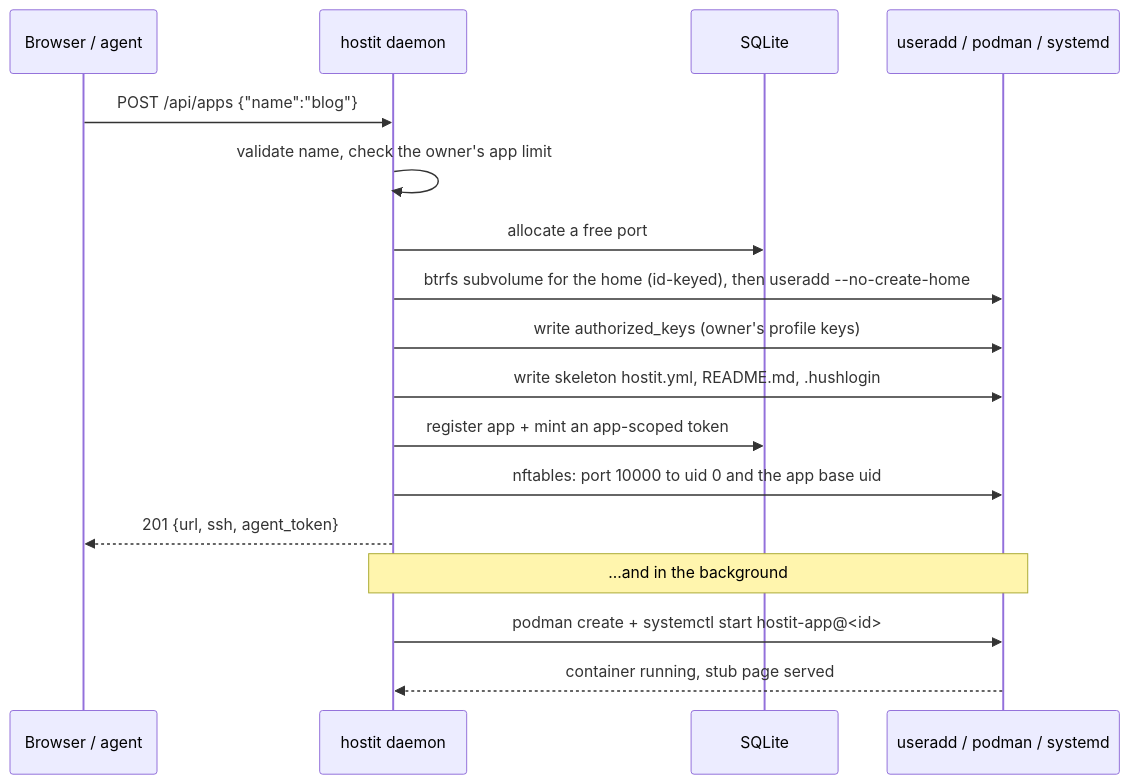
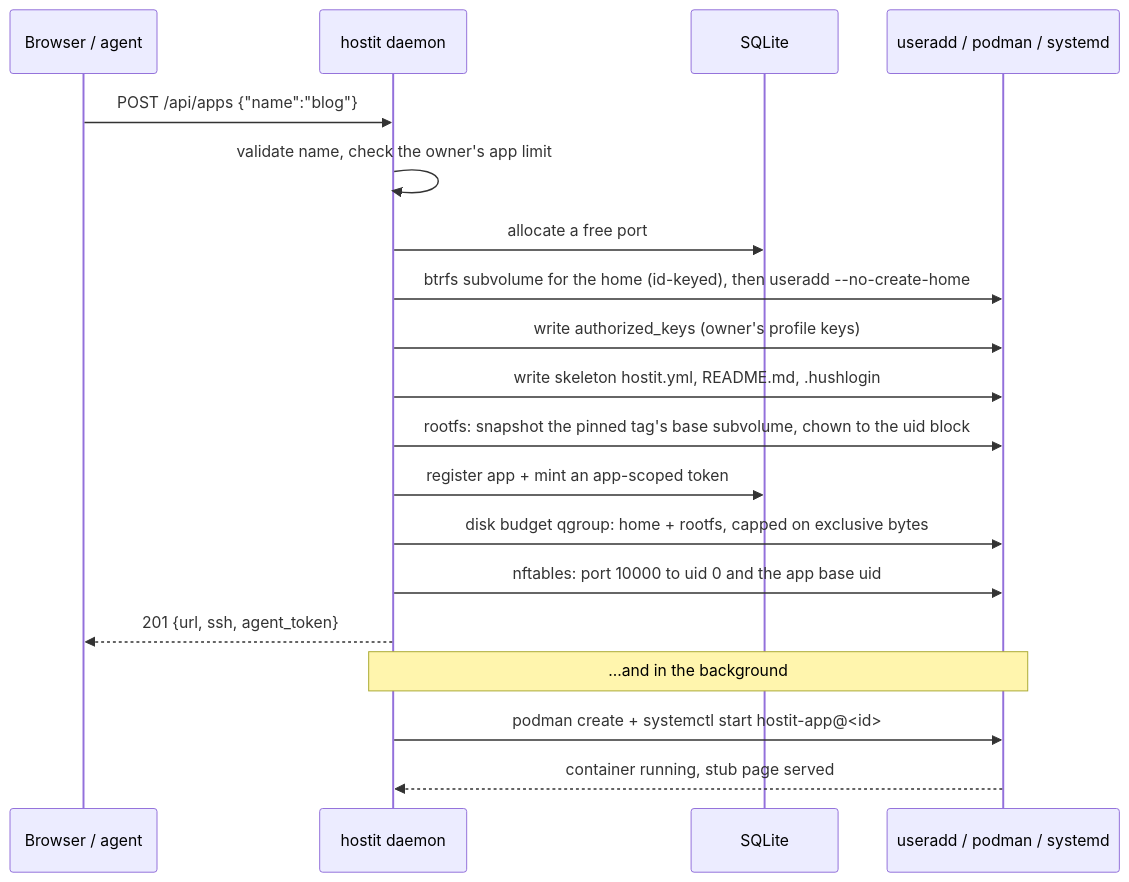
Before and after one commit to binwiederhier/hostit: the second of 5 diagrams in docs/architecture/flows.md, drawn with Mermaid. The commit also changed other lines of this file and 20 other files, not shown here.

First line of the commit message:
docs,web,cmd: catch the docs up to rootfs-backed storage and combined disk budgets

````diff
--- a/docs/architecture/flows.md
+++ b/docs/architecture/flows.md
@@ -46,21 +49,23 @@
 ```mermaid
 sequenceDiagram
     participant U as Browser / agent
     participant D as hostit daemon
     participant S as SQLite
     participant OS as useradd / podman / systemd
 
     U->>D: POST /api/apps {"name":"blog"}
     D->>D: validate name, check the owner's app limit
     D->>S: allocate a free port
     D->>OS: btrfs subvolume for the home (id-keyed), then useradd --no-create-home
     D->>OS: write authorized_keys (owner's profile keys)
     D->>OS: write skeleton hostit.yml, README.md, .hushlogin
+    D->>OS: rootfs: snapshot the pinned tag's base subvolume, chown to the uid block
     D->>S: register app + mint an app-scoped token
+    D->>OS: disk budget qgroup: home + rootfs, capped on exclusive bytes
     D->>OS: nftables: port 10000 to uid 0 and the app base uid
     D-->>U: 201 {url, ssh, agent_token}
 
     Note over D,OS: ...and in the background
     D->>OS: podman create + systemctl start hostit-app@<id>
     OS-->>D: container running, stub page served
 ```
````
